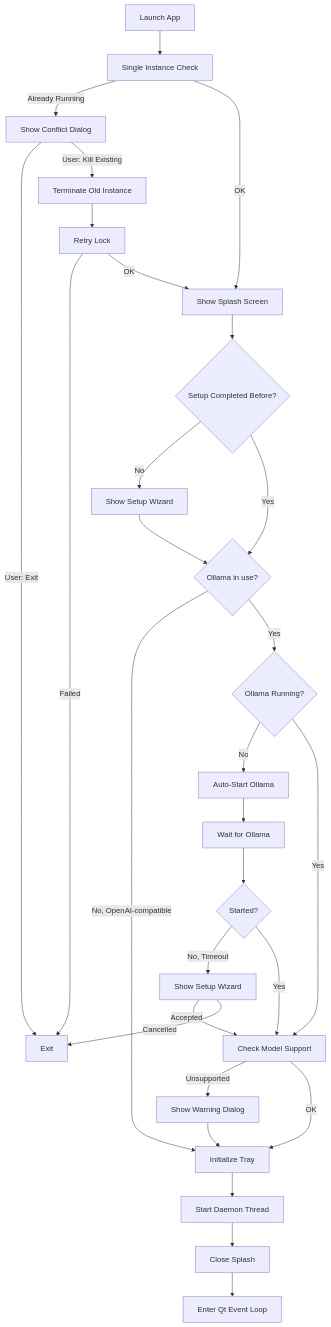
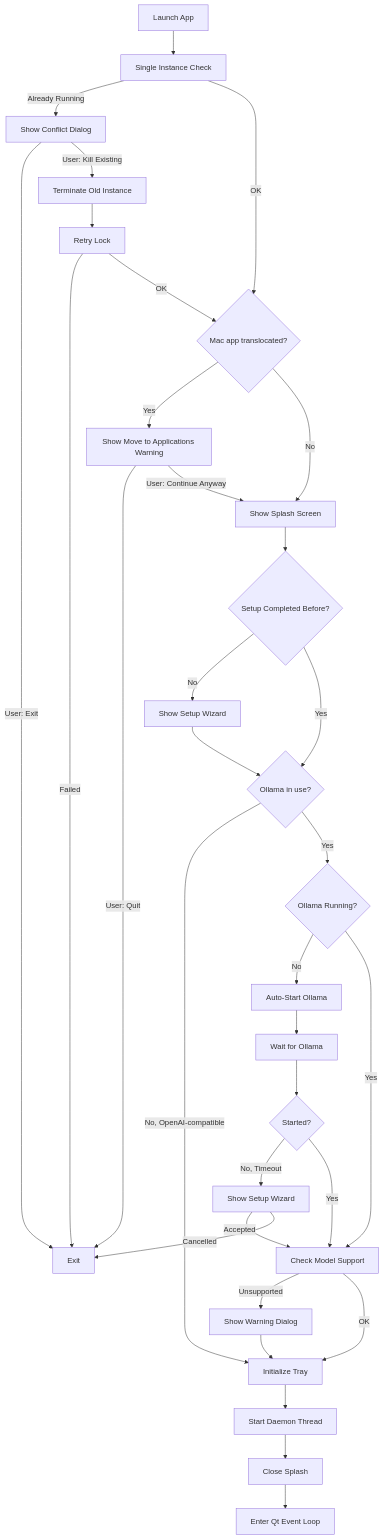
Before and after one commit to oweber3/Jarvis: the first of 2 diagrams in src/desktop_app/desktop_app.spec.md, drawn with Mermaid. The commit also changed other lines of this file and 4 other files, not shown here.

First line of the commit message:
feat(desktop): warn at launch when the Mac app runs from a translocated copy

````diff
--- a/src/desktop_app/desktop_app.spec.md
+++ b/src/desktop_app/desktop_app.spec.md
@@ -41,31 +41,35 @@
 ```mermaid
 flowchart TD
     A[Launch App] --> B[Single Instance Check]
     B -->|Already Running| B2[Show Conflict Dialog]
     B2 -->|User: Exit| Z[Exit]
     B2 -->|User: Kill Existing| B3[Terminate Old Instance]
     B3 --> B4[Retry Lock]
     B4 -->|Failed| Z
-    B4 -->|OK| C
-    B -->|OK| C[Show Splash Screen]
+    B4 -->|OK| T
+    B -->|OK| T{Mac app translocated?}
+    T -->|Yes| T2[Show Move to Applications Warning]
+    T2 -->|User: Quit| Z
+    T2 -->|User: Continue Anyway| C
+    T -->|No| C[Show Splash Screen]
     C --> D{Setup Completed Before?}
     D -->|No| E[Show Setup Wizard]
     D -->|Yes| PR{Ollama in use?}
     E --> PR
     PR -->|No, OpenAI-compatible| M[Initialize Tray]
     PR -->|Yes| F{Ollama Running?}
     F -->|No| G[Auto-Start Ollama]
     G --> H[Wait for Ollama]
     H --> I{Started?}
     I -->|No, Timeout| W[Show Setup Wizard]
     W -->|Accepted| K[Check Model Support]
     W -->|Cancelled| Z[Exit]
     I -->|Yes| K[Check Model Support]
     F -->|Yes| K
     K -->|Unsupported| L[Show Warning Dialog]
     K -->|OK| M[Initialize Tray]
     L --> M
     M --> N[Start Daemon Thread]
     N --> O[Close Splash]
     O --> P[Enter Qt Event Loop]
 ```
````
